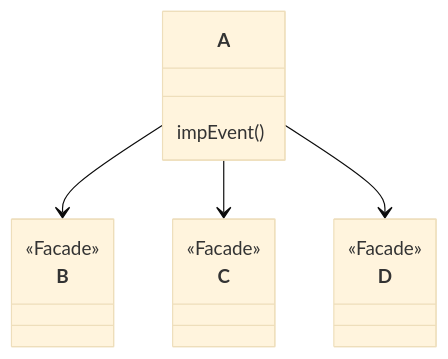
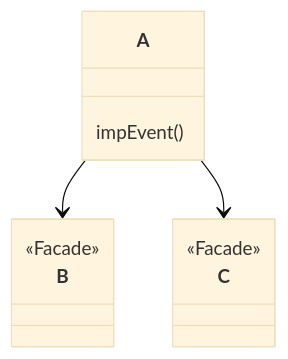
One commit to Chitlangia-Vedant/Obsidian changed diagram 11 of 14 in System Design/02. Design Patterns.md. Above: the diagram before and after it, drawn with Mermaid (base theme). The commit also changed other lines of this file, not shown here.

````diff
--- a/System Design/02. Design Patterns.md
+++ b/System Design/02. Design Patterns.md
@@ -805,23 +805,17 @@
 ```mermaid
 classDiagram
 
 class A {
     impEvent()
 }
 
 class B {
     <<Facade>>
 }
 
 class C {
     <<Facade>>
 }
-
-class D {
-    <<Facade>>
-}
-
 A --> B
 A --> C
-A --> D
 ```
````
